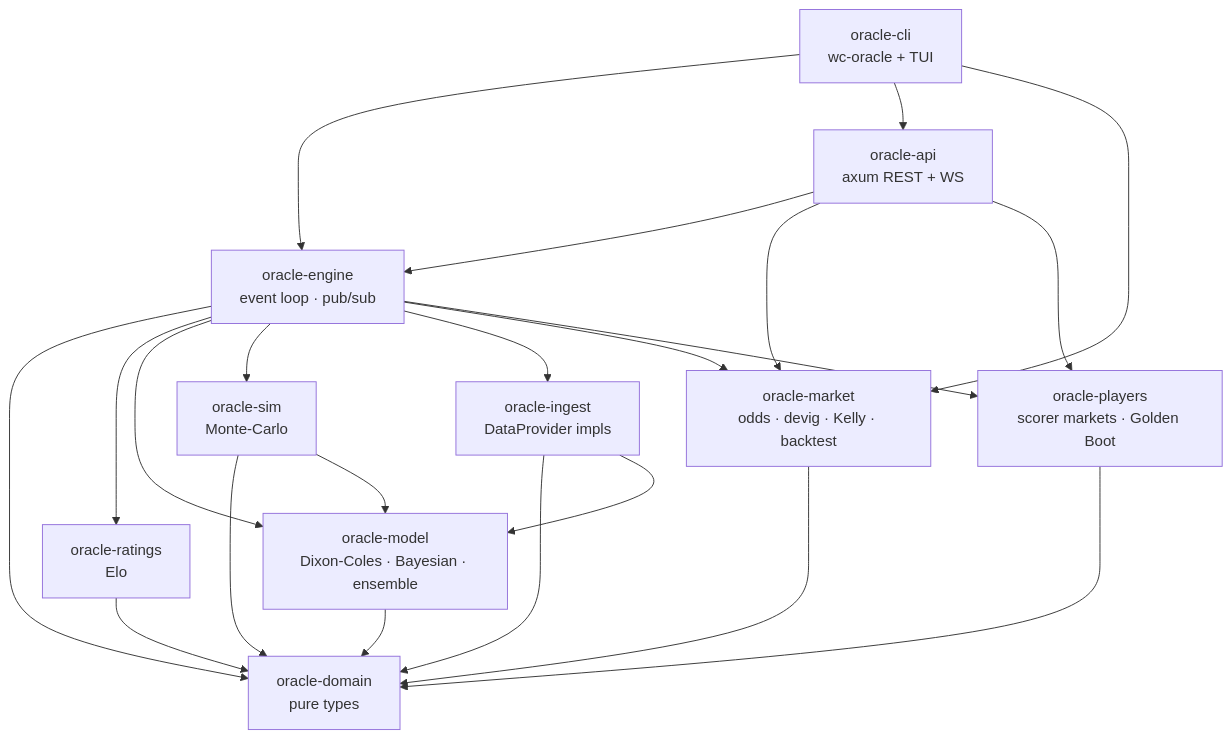
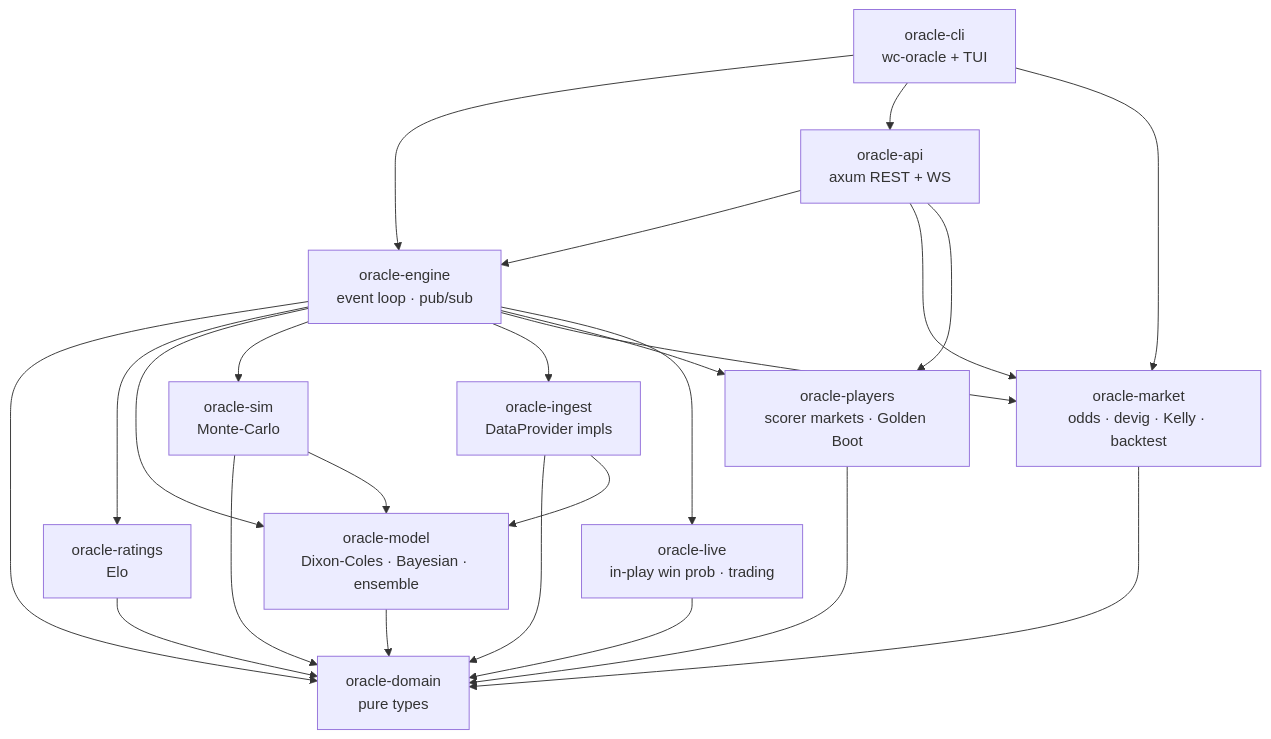
One commit to ruhan-sahasi/worldcup-oracle changed the first of 2 diagrams in docs/ARCHITECTURE.md. Above: the diagram before and after it, drawn with Mermaid. The commit also changed other lines of this file and 2 other files, not shown here.

First line of the commit message:
Document the in-play trading subsystem (13/13: in-play trading)

````diff
--- a/docs/ARCHITECTURE.md
+++ b/docs/ARCHITECTURE.md
@@ -9,35 +9,38 @@
 ```mermaid
 graph TD
     domain[oracle-domain<br/>pure types]
     ratings[oracle-ratings<br/>Elo]
     model[oracle-model<br/>Dixon-Coles · Bayesian · ensemble]
     sim[oracle-sim<br/>Monte-Carlo]
     ingest[oracle-ingest<br/>DataProvider impls]
     market[oracle-market<br/>odds · devig · Kelly · backtest]
     players[oracle-players<br/>scorer markets · Golden Boot]
+    live[oracle-live<br/>in-play win prob · trading]
     engine[oracle-engine<br/>event loop · pub/sub]
     api[oracle-api<br/>axum REST + WS]
     cli[oracle-cli<br/>wc-oracle + TUI]
 
     ratings --> domain
     model --> domain
     sim --> domain
     sim --> model
     ingest --> domain
     ingest --> model
     market --> domain
     players --> domain
+    live --> domain
     engine --> domain
     engine --> ratings
     engine --> model
     engine --> sim
     engine --> ingest
     engine --> market
     engine --> players
+    engine --> live
     api --> engine
     api --> market
     api --> players
     cli --> engine
     cli --> api
     cli --> market
 ```
````
